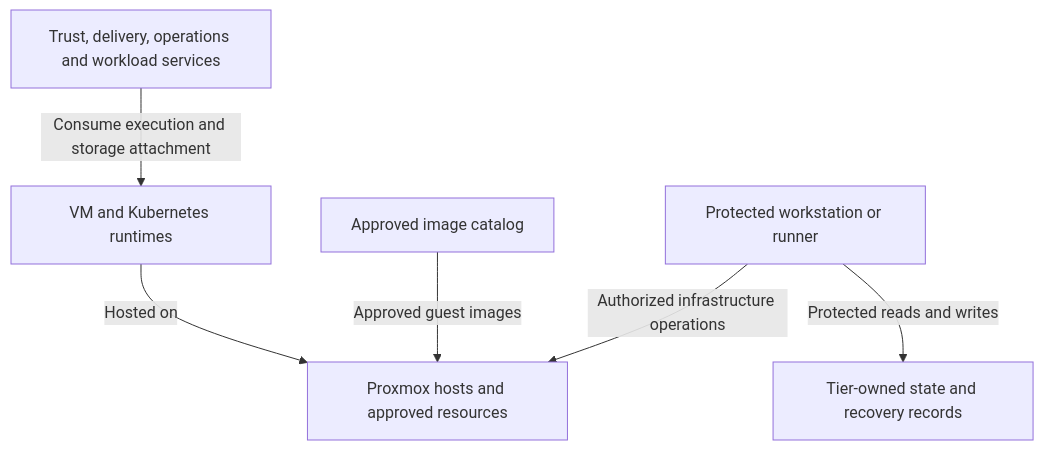
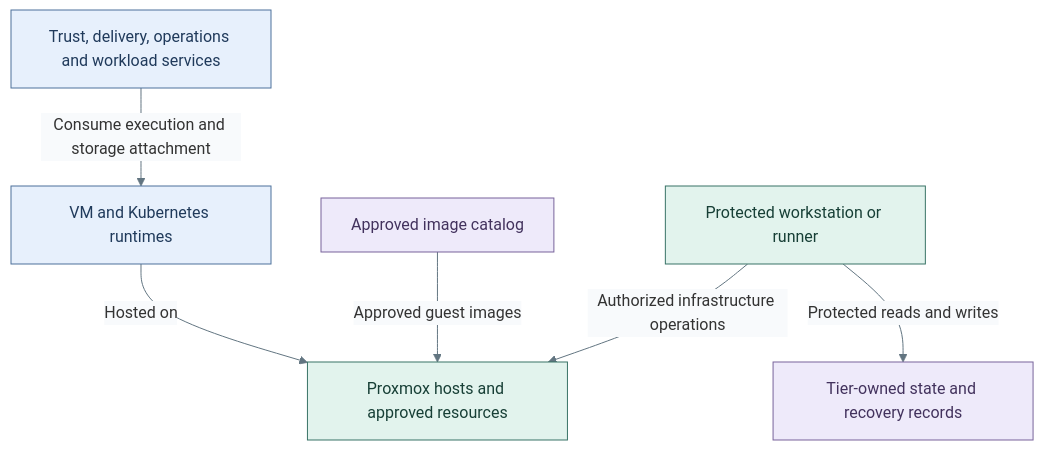
Before and after one commit to Rexus/homelab: the diagram in docs/architecture/compute/README.md, drawn with Mermaid. The commit also changed 49 other files, not shown here.

Commit message:
docs(diagrams): clarify tier layouts and visual styles

````diff
--- a/docs/architecture/compute/README.md
+++ b/docs/architecture/compute/README.md
@@ -25,14 +25,22 @@
 ```mermaid
+%%{init: {"theme":"base","themeVariables":{"lineColor":"#627581","edgeLabelBackground":"#f8fafc"}}}%%
 flowchart TB
   Services["Trust, delivery, operations and workload services"]
   Runtime["VM and Kubernetes runtimes"]
   Images["Approved image catalog"]
   Execution["Protected workstation or runner"]
   State["Tier-owned state and recovery records"]
   Hosts["Proxmox hosts and approved resources"]
   Services -->|Consume execution and storage attachment| Runtime
   Runtime -->|Hosted on| Hosts
   Images -->|Approved guest images| Hosts
   Execution -->|Authorized infrastructure operations| Hosts
   Execution -->|Protected reads and writes| State
+  classDef default fill:#f8fafc,stroke:#64748b,color:#1f2937
+  classDef services fill:#e7f0fc,stroke:#4d719b,color:#203a5b
+  classDef control fill:#e2f3ed,stroke:#397366,color:#173f36
+  classDef data fill:#eeeafa,stroke:#78639b,color:#42325d
+  class Services,Runtime services
+  class Execution,Hosts control
+  class Images,State data
 ```
````
